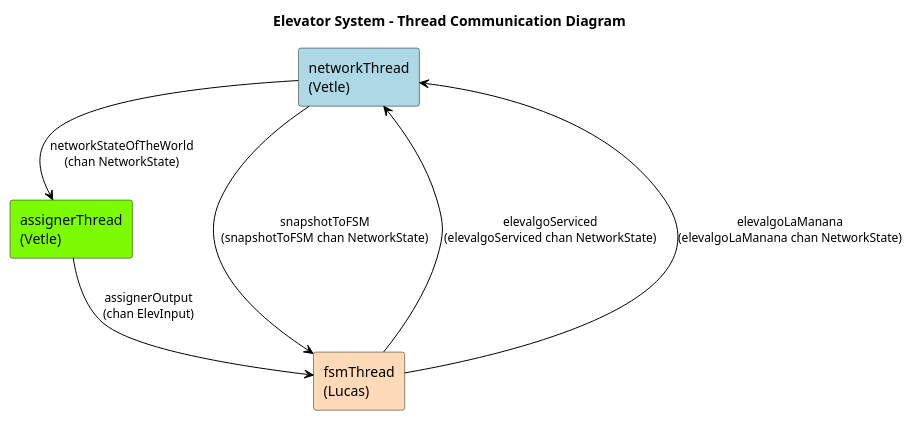
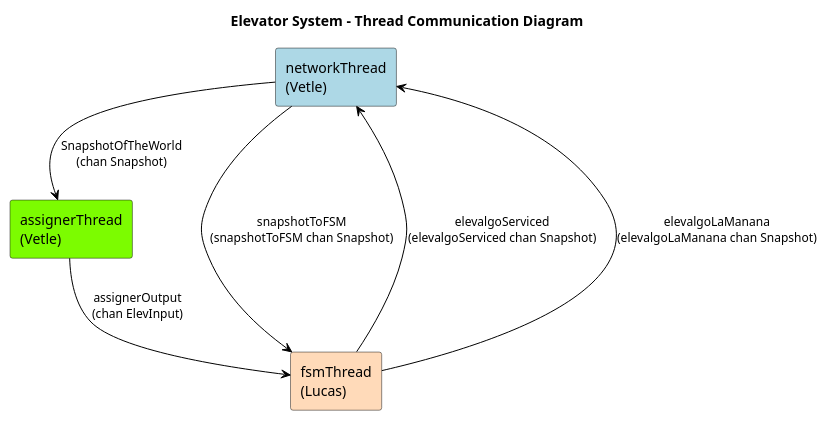
Before and after one commit to Lucas-Vo/heislab2: the diagram in UML/diagrams/overview_diagram.puml, drawn with PlantUML. The commit also changed 4 other files, not shown here.

```diff
--- a/UML/diagrams/overview_diagram.puml
+++ b/UML/diagrams/overview_diagram.puml
@@ -1,30 +1,30 @@
 @startuml
 title Elevator System – Thread Communication Diagram
 
 ' ===== Styling =====
 skinparam componentStyle rectangle
 skinparam shadowing false
 skinparam ArrowColor black
 skinparam ArrowFontSize 12
 
 ' ===== Threads =====
 rectangle "networkThread\n(Vetle)" as Network #ADD8E6
 rectangle "assignerThread\n(Vetle)" as Assigner #7CFC00
 rectangle "fsmThread\n(Lucas)" as FSM #FFDAB9
 
 ' ===== Channels / Communication =====
 
 ' Filip → Lucas
-FSM --> Network : elevalgoServiced\n(elevalgoServiced chan NetworkState)
-FSM --> Network : elevalgoLaManana\n(elevalgoLaManana chan NetworkState)
+FSM --> Network : elevalgoServiced\n(elevalgoServiced chan Snapshot)
+FSM --> Network : elevalgoLaManana\n(elevalgoLaManana chan Snapshot)
 
 ' Lucas → Filip
-Network --> FSM : snapshotToFSM\n(snapshotToFSM chan NetworkState)
+Network --> FSM : snapshotToFSM\n(snapshotToFSM chan Snapshot)
 
 ' Lucas → Vetle
-Network --> Assigner : networkStateOfTheWorld\n(chan NetworkState)
+Network --> Assigner : SnapshotOfTheWorld\n(chan Snapshot)
 
 ' Vetle → Filip
 Assigner --> FSM : assignerOutput\n(chan ElevInput)
 
 @enduml
```
